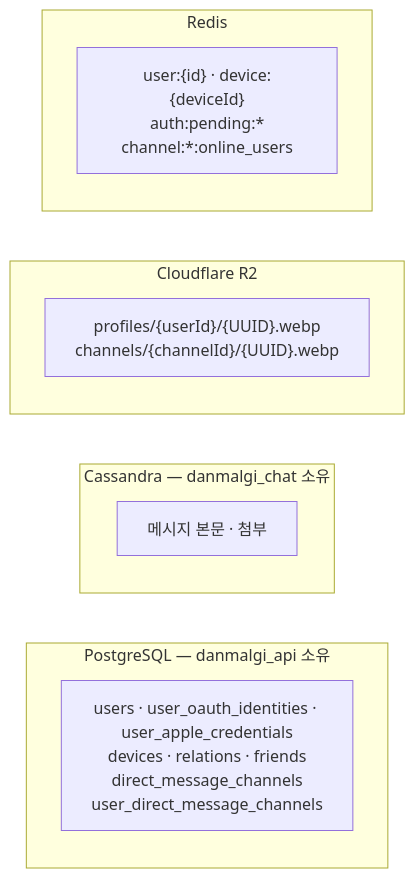
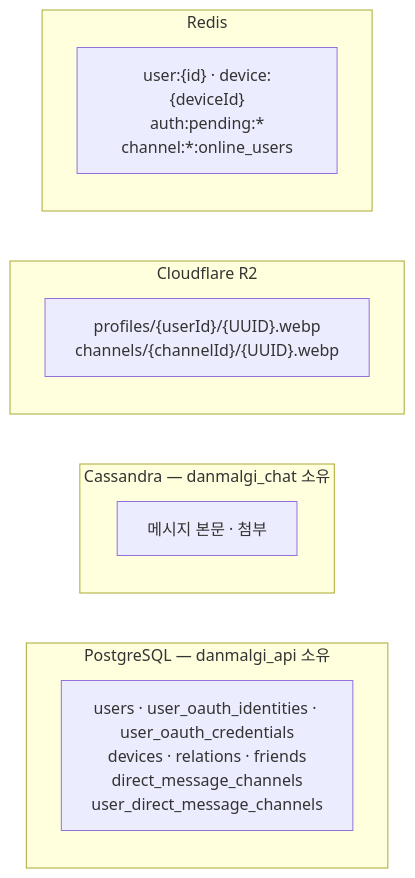
The second of 2 diagrams in docs/01-foundation/data-model.md (danmalgi-project/danmalgi_api), drawn with Mermaid before and after one commit. The commit also changed other lines of this file and 8 other files, not shown here.

First line of the commit message:
refactor: user_apple_credentials 를 제공자 중립 이름으로 변경

````diff
--- a/docs/01-foundation/data-model.md
+++ b/docs/01-foundation/data-model.md
@@ -191,15 +195,15 @@
 ```mermaid
 flowchart LR
     subgraph PG["PostgreSQL — danmalgi_api 소유"]
-        A["users · user_oauth_identities · user_apple_credentials<br/>devices · relations · friends<br/>direct_message_channels<br/>user_direct_message_channels"]
+        A["users · user_oauth_identities · user_oauth_credentials<br/>devices · relations · friends<br/>direct_message_channels<br/>user_direct_message_channels"]
     end
     subgraph CS["Cassandra — danmalgi_chat 소유"]
         B["메시지 본문 · 첨부"]
     end
     subgraph R2["Cloudflare R2"]
         C["profiles/{userId}/{UUID}.webp<br/>channels/{channelId}/{UUID}.webp"]
     end
     subgraph RD["Redis"]
         D["user:{id} · device:{deviceId}<br/>auth:pending:*<br/>channel:*:online_users"]
     end
 ```
````
